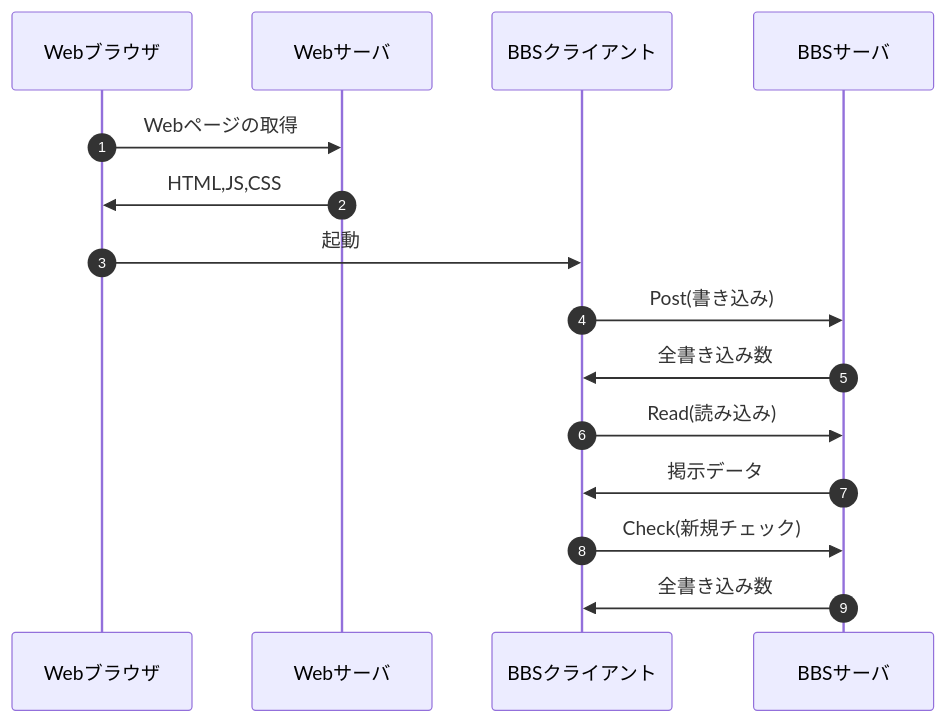
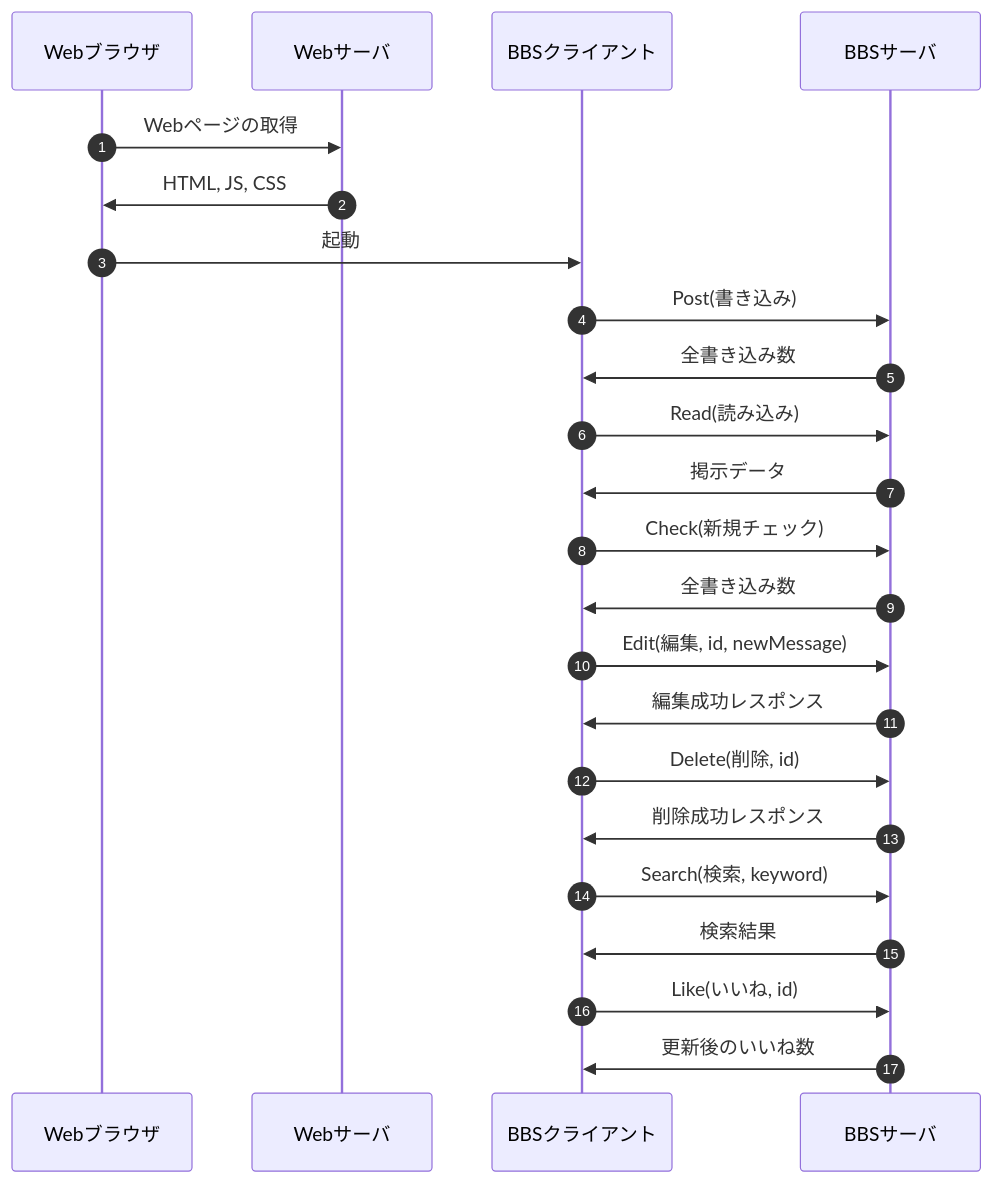
Before and after one commit to sumakanato/webpro_06: the diagram in seaquence.md, drawn with Mermaid. The commit also changed other lines of this file and 2 other files, not shown here.

Commit message:
3つ機能追加

````diff
--- a/seaquence.md
+++ b/seaquence.md
@@ -1,13 +3,33 @@
 ```mermaid
 sequenceDiagram
   autonumber
+  participant Webブラウザ
+  participant Webサーバ
+  participant BBSクライアント
+  participant BBSサーバ
+
   Webブラウザ ->> Webサーバ: Webページの取得
-  Webサーバ ->> Webブラウザ:HTML,JS,CSS
-  Webブラウザ ->> BBSクライアント:起動
-  BBSクライアント ->> BBSサーバ:Post(書き込み)
-  BBSサーバ ->> BBSクライアント:全書き込み数
-  BBSクライアント ->> BBSサーバ:Read(読み込み)
-  BBSサーバ ->> BBSクライアント:掲示データ
-  BBSクライアント ->> BBSサーバ:Check(新規チェック)
-  BBSサーバ ->> BBSクライアント:全書き込み数
-```
+  Webサーバ ->> Webブラウザ: HTML, JS, CSS
+  Webブラウザ ->> BBSクライアント: 起動
+
+  BBSクライアント ->> BBSサーバ: Post(書き込み)
+  BBSサーバ ->> BBSクライアント: 全書き込み数
+
+  BBSクライアント ->> BBSサーバ: Read(読み込み)
+  BBSサーバ ->> BBSクライアント: 掲示データ
+
+  BBSクライアント ->> BBSサーバ: Check(新規チェック)
+  BBSサーバ ->> BBSクライアント: 全書き込み数
+
+  BBSクライアント ->> BBSサーバ: Edit(編集, id, newMessage)
+  BBSサーバ ->> BBSクライアント: 編集成功レスポンス
+
+  BBSクライアント ->> BBSサーバ: Delete(削除, id)
+  BBSサーバ ->> BBSクライアント: 削除成功レスポンス
+
+  BBSクライアント ->> BBSサーバ: Search(検索, keyword)
+  BBSサーバ ->> BBSクライアント: 検索結果
+
+  BBSクライアント ->> BBSサーバ: Like(いいね, id)
+  BBSサーバ ->> BBSクライアント: 更新後のいいね数
+  ```
````
